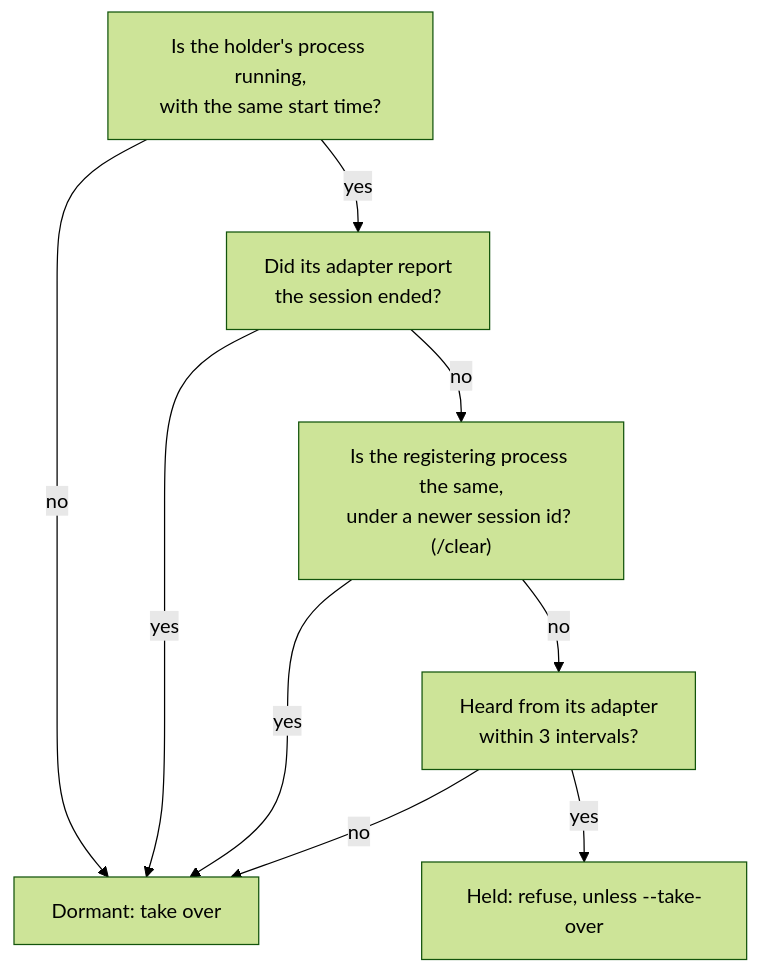
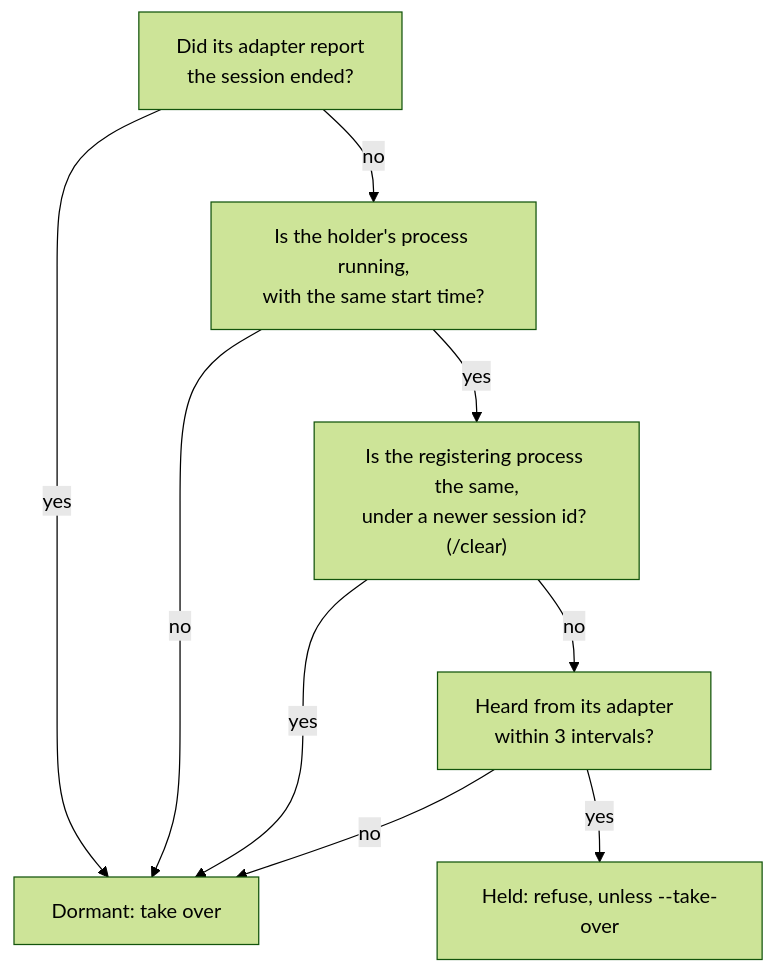
The third of 3 diagrams in docs/explanation/how-wakewire-works.md (gperezmz/wakewire), drawn with Mermaid (forest theme) before and after one commit. The commit also changed other lines of this file and 106 other files, not shown here.

````diff
--- a/docs/explanation/how-wakewire-works.md
+++ b/docs/explanation/how-wakewire-works.md
@@ -110,11 +113,11 @@
 ```mermaid
 flowchart TD
-  A["Is the holder's process running,<br/>with the same start time?"] -- no --> F["Dormant: take over"]
-  A -- yes --> B["Did its adapter report<br/>the session ended?"]
-  B -- yes --> F
-  B -- no --> C["Is the registering process the same,<br/>under a newer session id? (/clear)"]
+  A["Did its adapter report<br/>the session ended?"] -- yes --> F["Dormant: take over"]
+  A -- no --> B["Is the holder's process running,<br/>with the same start time?"]
+  B -- no --> F
+  B -- yes --> C["Is the registering process the same,<br/>under a newer session id? (/clear)"]
   C -- yes --> F
   C -- no --> D["Heard from its adapter<br/>within 3 intervals?"]
   D -- yes --> H["Held: refuse, unless --take-over"]
   D -- no --> F
 ```
````
